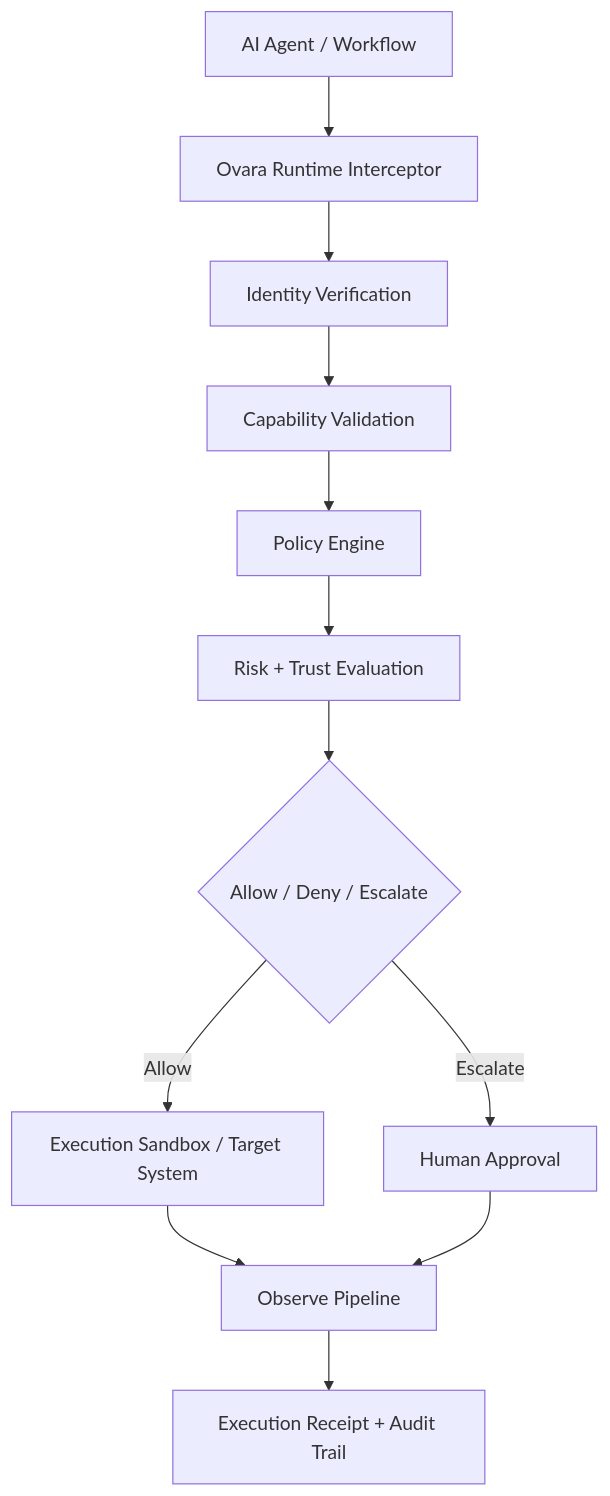
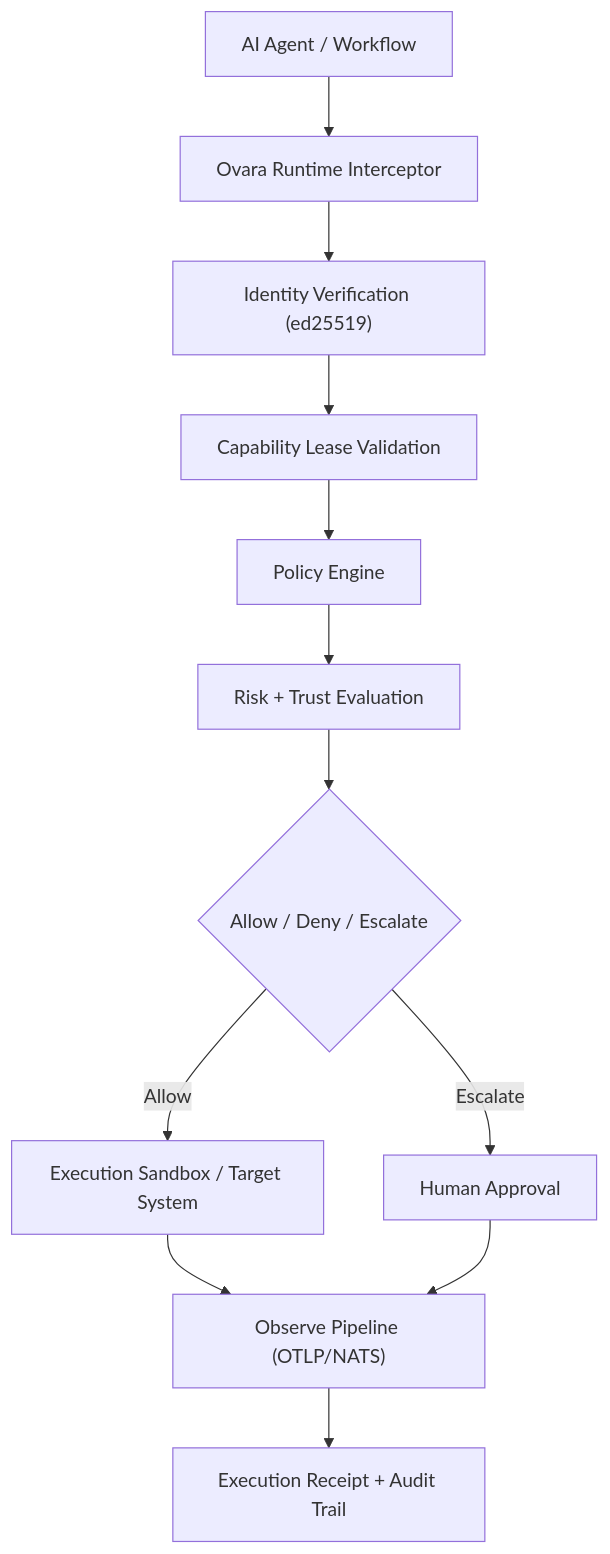
One commit to SidianLabs/OVARA changed the diagram in README.md. Above: the diagram before and after it, drawn with Mermaid. The commit also changed other lines of this file and 71 other files, not shown here.

````diff
--- a/README.md
+++ b/README.md
@@ -96,14 +208,14 @@
 ```mermaid
 flowchart TD
     A["AI Agent / Workflow"] --> B["Ovara Runtime Interceptor"]
-    B --> C["Identity Verification"]
-    C --> D["Capability Validation"]
+    B --> C["Identity Verification (ed25519)"]
+    C --> D["Capability Lease Validation"]
     D --> E["Policy Engine"]
     E --> F["Risk + Trust Evaluation"]
     F --> G{"Allow / Deny / Escalate"}
     G -->|Allow| H["Execution Sandbox / Target System"]
     G -->|Escalate| I["Human Approval"]
-    H --> J["Observe Pipeline"]
+    H --> J["Observe Pipeline (OTLP/NATS)"]
     I --> J
     J --> K["Execution Receipt + Audit Trail"]
 ```
````
